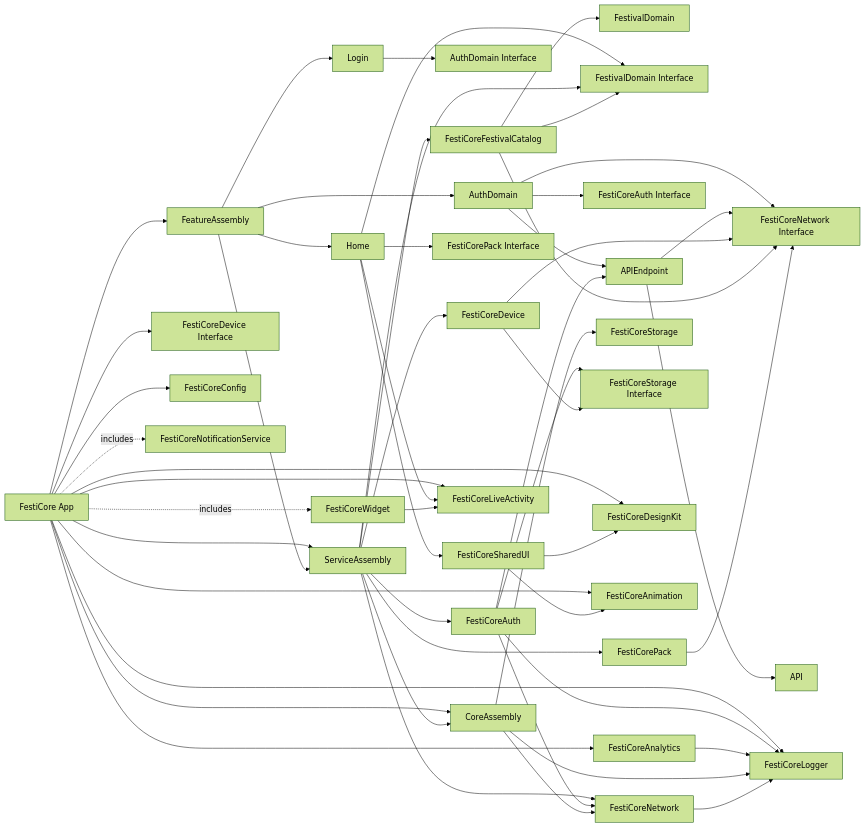
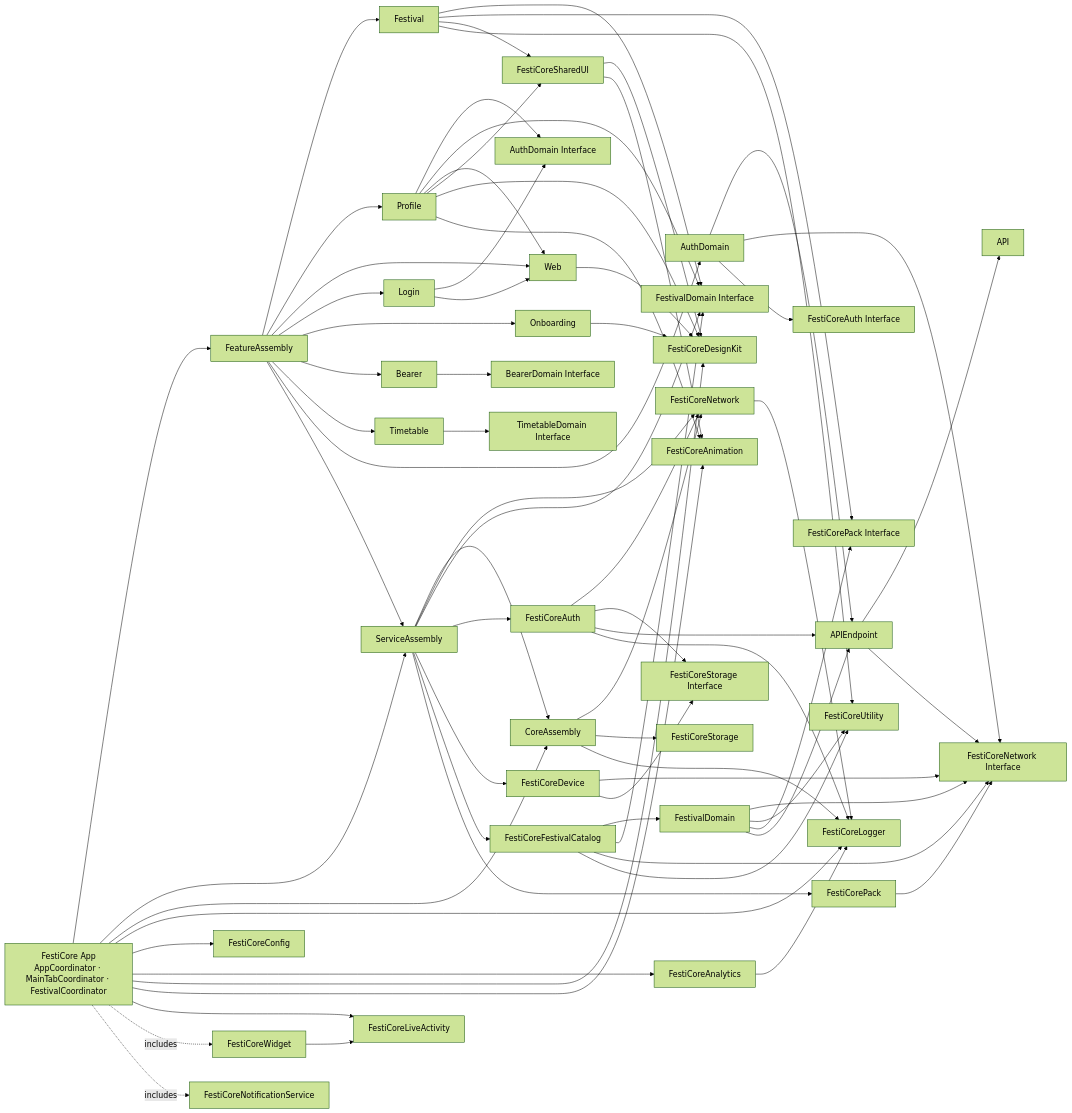
Before and after one commit to FESTICORE/FestiCore-iOS: the diagram in docs/architecture/module-graph.mmd, drawn with Mermaid (forest theme). The commit also changed 13 other files, not shown here.

```diff
--- a/docs/architecture/module-graph.mmd
+++ b/docs/architecture/module-graph.mmd
@@ -1,88 +1,114 @@
 flowchart LR
-  App["FestiCore App"]
+  App["FestiCore App<br/>AppCoordinator · MainTabCoordinator · FestivalCoordinator"]
   FeatureAssembly["FeatureAssembly"]
-  Home["Home"]
+  Festival["Festival"]
+  Profile["Profile"]
+  Web["Web"]
   Login["Login"]
+  Onboarding["Onboarding"]
+  Bearer["Bearer"]
+  Timetable["Timetable"]
   AuthDomain["AuthDomain"]
-  AuthDomainInterface["AuthDomain Interface"]
   FestivalDomain["FestivalDomain"]
   FestivalDomainInterface["FestivalDomain Interface"]
+  BearerDomainInterface["BearerDomain Interface"]
+  TimetableDomainInterface["TimetableDomain Interface"]
+  AuthDomainInterface["AuthDomain Interface"]
+  PackInterface["FestiCorePack Interface"]
   ServiceAssembly["ServiceAssembly"]
   API["API"]
-  APIEndpoint["APIEndpoint"]
   Auth["FestiCoreAuth"]
-  AuthInterface["FestiCoreAuth Interface"]
+  Analytics["FestiCoreAnalytics"]
+  Config["FestiCoreConfig"]
   Device["FestiCoreDevice"]
-  DeviceInterface["FestiCoreDevice Interface"]
   Catalog["FestiCoreFestivalCatalog"]
   Pack["FestiCorePack"]
-  PackInterface["FestiCorePack Interface"]
-  Config["FestiCoreConfig"]
-  Analytics["FestiCoreAnalytics"]
+  Network["FestiCoreNetwork"]
+  StorageInterface["FestiCoreStorage Interface"]
+  Storage["FestiCoreStorage"]
+  Logger["FestiCoreLogger"]
+  Utility["FestiCoreUtility"]
+  LiveActivity["FestiCoreLiveActivity"]
+  Animation["FestiCoreAnimation"]
   CoreAssembly["CoreAssembly"]
-  Network["FestiCoreNetwork"]
+  APIEndpoint["APIEndpoint"]
   NetworkInterface["FestiCoreNetwork Interface"]
-  Storage["FestiCoreStorage"]
-  StorageInterface["FestiCoreStorage Interface"]
-  Logger["FestiCoreLogger"]
   SharedUI["FestiCoreSharedUI"]
   Design["FestiCoreDesignKit"]
-  Animation["FestiCoreAnimation"]
-  LiveActivity["FestiCoreLiveActivity"]
   Widget["FestiCoreWidget"]
   Notification["FestiCoreNotificationService"]
 
   App --> FeatureAssembly
   App --> ServiceAssembly
   App --> CoreAssembly
-  App --> DeviceInterface
   App --> Logger
   App --> Config
   App --> Analytics
   App --> Design
   App --> Animation
   App --> LiveActivity
   App -. includes .-> Widget
   App -. includes .-> Notification
 
-  FeatureAssembly --> Home
+  FeatureAssembly --> Festival
+  FeatureAssembly --> Profile
+  FeatureAssembly --> Web
   FeatureAssembly --> Login
+  FeatureAssembly --> Onboarding
+  FeatureAssembly --> Bearer
+  FeatureAssembly --> Timetable
   FeatureAssembly --> AuthDomain
   FeatureAssembly --> ServiceAssembly
-  Home --> FestivalDomainInterface
-  Home --> PackInterface
-  Home --> SharedUI
-  Home --> LiveActivity
+
+  Festival --> FestivalDomainInterface
+  Festival --> PackInterface
+  Festival --> SharedUI
+  Festival --> Utility
+  Profile --> AuthDomainInterface
+  Profile --> FestivalDomainInterface
+  Profile --> Web
+  Profile --> SharedUI
+  Profile --> Design
+  Profile --> Animation
   Login --> AuthDomainInterface
+  Login --> Web
+  Bearer --> BearerDomainInterface
+  Timetable --> TimetableDomainInterface
+  Onboarding --> Design
+  Web --> Design
+  SharedUI --> Design
+
+  AuthDomain --> APIEndpoint
   AuthDomain --> NetworkInterface
-  AuthDomain --> AuthInterface
-  AuthDomain --> APIEndpoint
-
+  AuthDomain --> AuthInterface["FestiCoreAuth Interface"]
+  FestivalDomain --> NetworkInterface
+  FestivalDomain --> Utility
+  FestivalDomain --> PackInterface
+  FestivalDomain --> APIEndpoint
   ServiceAssembly --> CoreAssembly
   ServiceAssembly --> Network
   ServiceAssembly --> FestivalDomainInterface
   ServiceAssembly --> Auth
   ServiceAssembly --> Device
   ServiceAssembly --> Catalog
   ServiceAssembly --> Pack
-  APIEndpoint --> API
-  APIEndpoint --> NetworkInterface
-  Auth --> Logger
+  Catalog --> FestivalDomain
+  Catalog --> FestivalDomainInterface
+  Catalog --> NetworkInterface
+  Catalog --> Utility
   Auth --> Network
   Auth --> StorageInterface
   Auth --> APIEndpoint
+  Auth --> Logger
   Device --> NetworkInterface
   Device --> StorageInterface
-  Catalog --> NetworkInterface
-  Catalog --> FestivalDomainInterface
-  Catalog --> FestivalDomain
   Pack --> NetworkInterface
   Analytics --> Logger
-
-  CoreAssembly --> Logger
+  APIEndpoint --> API
+  APIEndpoint --> NetworkInterface
   CoreAssembly --> Network
   CoreAssembly --> Storage
+  CoreAssembly --> Logger
   Network --> Logger
-  SharedUI --> Design
   SharedUI --> Animation
   Widget --> LiveActivity
```
